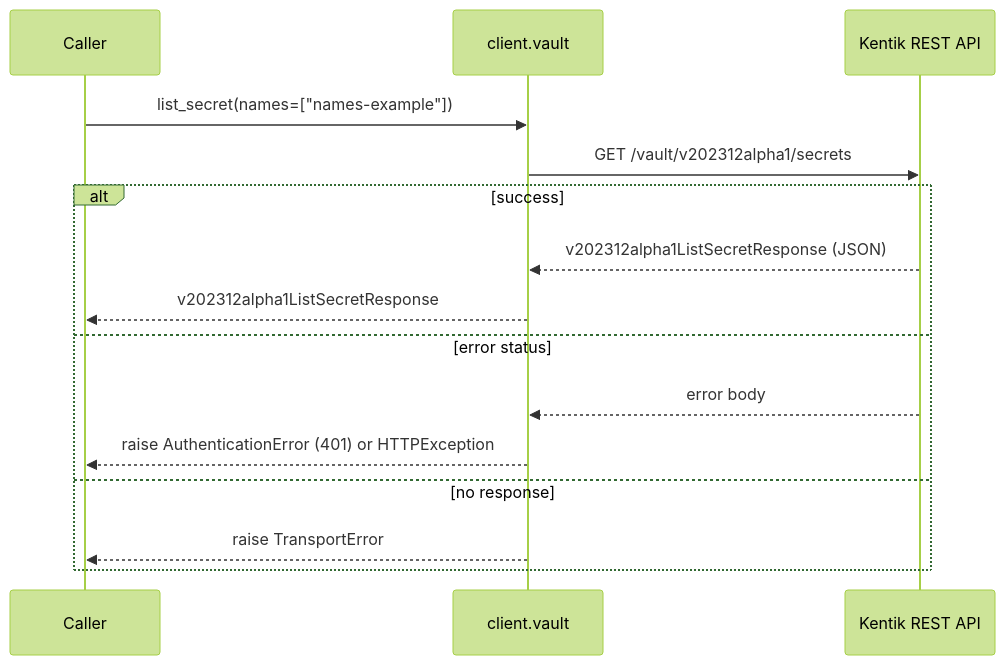
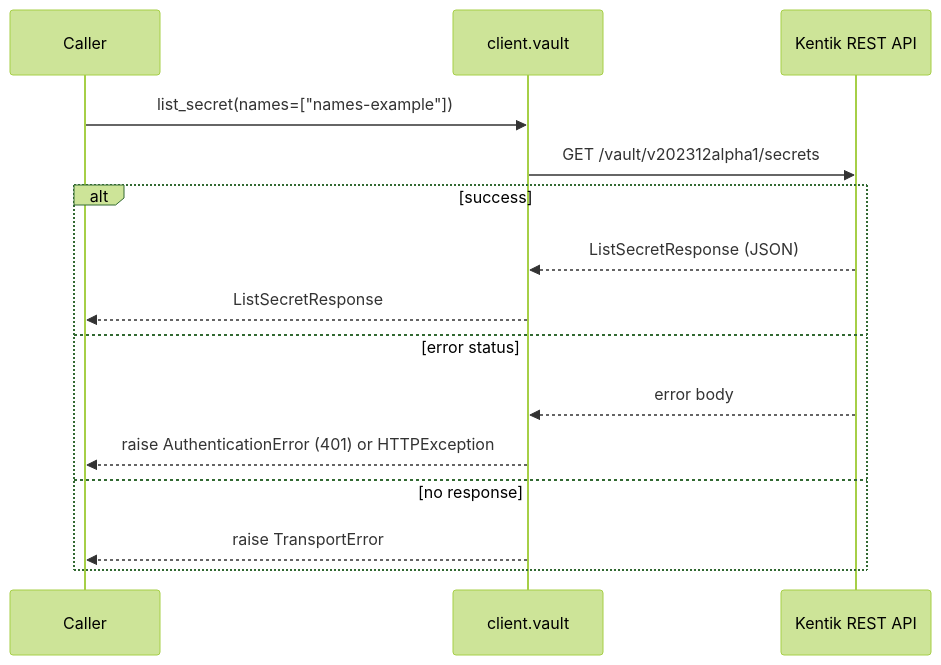
The second of 6 diagrams in docs/sphinx/services/vault.md (alexdearaujo/community_sdk_python), drawn with Mermaid (forest theme) before and after one commit. The commit also changed other lines of this file and 38 other files, not shown here.

````diff
--- a/docs/sphinx/services/vault.md
+++ b/docs/sphinx/services/vault.md
@@ -38,18 +38,18 @@
 ```mermaid
 sequenceDiagram
     participant C as Caller
     participant W as client.vault
     participant API as Kentik REST API
 
     C->>W: list_secret(names=["names-example"])
     W->>API: GET /vault/v202312alpha1/secrets
     alt success
-        API-->>W: v202312alpha1ListSecretResponse (JSON)
-        W-->>C: v202312alpha1ListSecretResponse
+        API-->>W: ListSecretResponse (JSON)
+        W-->>C: ListSecretResponse
     else error status
         API-->>W: error body
         W-->>C: raise AuthenticationError (401) or HTTPException
     else no response
         W-->>C: raise TransportError
     end
 ```
````
